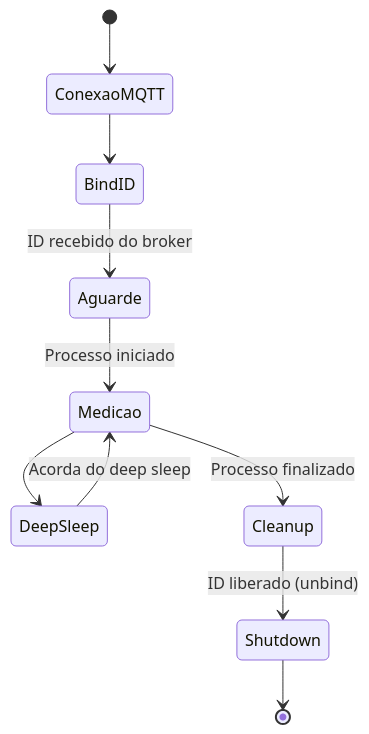
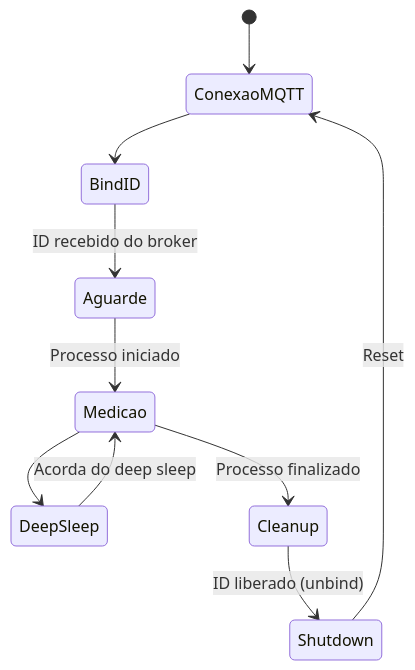
One commit to ECA-UFSC-FLN/2025.2-g9-sensorumidadewireless changed the third of 3 diagrams in docs/embarcado.md. Above: the diagram before and after it, drawn with Mermaid. The commit also changed 4 other files, not shown here.

````diff
--- a/docs/embarcado.md
+++ b/docs/embarcado.md
@@ -96,13 +96,13 @@
 ```mermaid
 stateDiagram
     direction TB
     [*] --> ConexaoMQTT
     ConexaoMQTT --> BindID
     BindID --> Aguarde: ID recebido do broker
     Aguarde --> Medicao: Processo iniciado
     Medicao --> DeepSleep
     DeepSleep --> Medicao: Acorda do deep sleep
     Medicao --> Cleanup: Processo finalizado
     Cleanup --> Shutdown: ID liberado (unbind)
-    Shutdown --> [*]
+    Shutdown --> ConexaoMQTT: Reset
 ```
````
